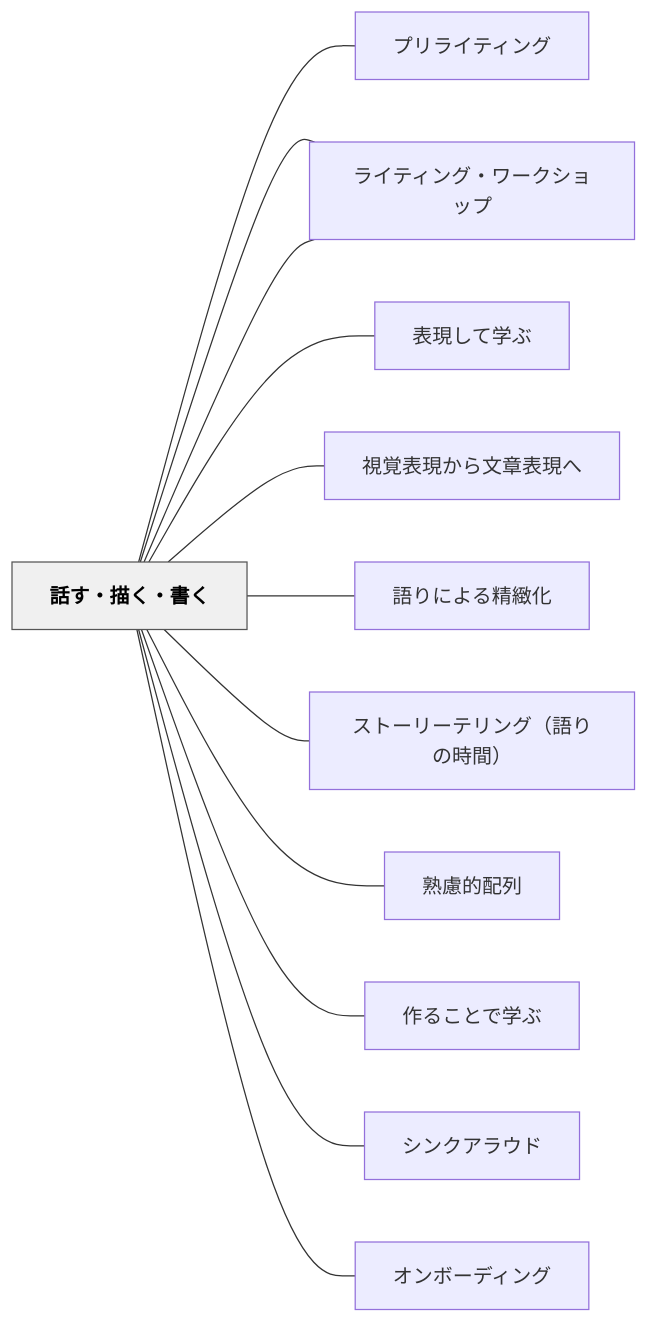
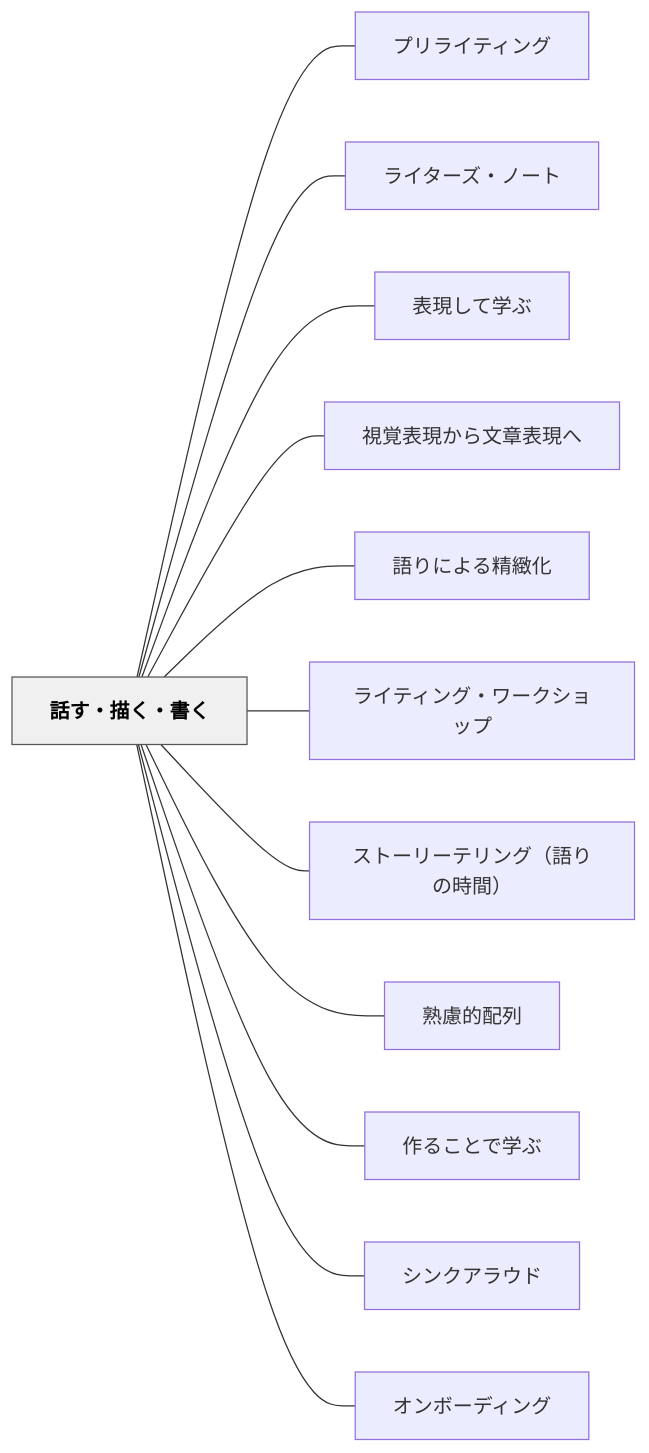
One commit to unknownthings-ed-patterns/unknownthings-ed-patterns changed the diagram in content/パタン/話す・描く・書く.md. Above: the diagram before and after it, drawn with Mermaid. The commit also changed 527 other files, not shown here.

````diff
--- a/content/パタン/話す・描く・書く.md
+++ b/content/パタン/話す・描く・書く.md
@@ -155,30 +155,30 @@
 ```mermaid
 flowchart LR
-    ne8a9b1e38199["話す・描く・書く"]
-    ne38397e383aa["プリライティング"]
-    ne383a9e382a4["ライターズ・ノート"]
-    ne8a1a8e78fbe["表現して学ぶ"]
-    ne8a696e8a69a["視覚表現から文章表現へ"]
-    ne8aa9ee3828a["語りによる精緻化"]
-    ne383a9e382a4["ライティング・ワークショップ"]
-    ne382b9e38388["ストーリーテリング（語りの時間）"]
-    ne7869fe685ae["熟慮的配列"]
-    ne4bd9ce3828b["作ることで学ぶ"]
-    ne382b7e383b3["シンクアラウド"]
-    ne382aae383b3["オンボーディング"]
+    ne8a9b1e38199e383bbe68f8fe3818fe383bbe69bb8e3818f["話す・描く・書く"]
+    ne38397e383aae383a9e382a4e38386e382a3e383b3e382b0["プリライティング"]
+    ne383a9e382a4e382bfe383bce382bae383bbe3838ee383bce38388["ライターズ・ノート"]
+    ne8a1a8e78fbee38197e381a6e5ada6e381b6["表現して学ぶ"]
+    ne8a696e8a69ae8a1a8e78fbee3818be38289e69687e7aba0e8a1a8e78fbee381b8["視覚表現から文章表現へ"]
+    ne8aa9ee3828ae381abe38288e3828be7b2bee7b7bbe58c96["語りによる精緻化"]
+    ne383a9e382a4e38386e382a3e383b3e382b0e383bbe383afe383bce382afe382b7e383a7e38383e38397["ライティング・ワークショップ"]
+    ne382b9e38388e383bce383aae383bce38386e383aae383b3e382b0efbc88e8aa9ee3828ae381aee69982e99693efbc89["ストーリーテリング（語りの時間）"]
+    ne7869fe685aee79a84e9858de58897["熟慮的配列"]
+    ne4bd9ce3828be38193e381a8e381a7e5ada6e381b6["作ることで学ぶ"]
+    ne382b7e383b3e382afe382a2e383a9e382a6e38389["シンクアラウド"]
+    ne382aae383b3e3839ce383bce38387e382a3e383b3e382b0["オンボーディング"]
 
-    ne8a9b1e38199 --- ne38397e383aa
-    ne8a9b1e38199 --- ne383a9e382a4
-    ne8a9b1e38199 --- ne8a1a8e78fbe
-    ne8a9b1e38199 --- ne8a696e8a69a
-    ne8a9b1e38199 --- ne8aa9ee3828a
-    ne8a9b1e38199 --- ne383a9e382a4
-    ne8a9b1e38199 --- ne382b9e38388
-    ne8a9b1e38199 --- ne7869fe685ae
-    ne8a9b1e38199 --- ne4bd9ce3828b
-    ne8a9b1e38199 --- ne382b7e383b3
-    ne8a9b1e38199 --- ne382aae383b3
+    ne8a9b1e38199e383bbe68f8fe3818fe383bbe69bb8e3818f --- ne38397e383aae383a9e382a4e38386e382a3e383b3e382b0
+    ne8a9b1e38199e383bbe68f8fe3818fe383bbe69bb8e3818f --- ne383a9e382a4e382bfe383bce382bae383bbe3838ee383bce38388
+    ne8a9b1e38199e383bbe68f8fe3818fe383bbe69bb8e3818f --- ne8a1a8e78fbee38197e381a6e5ada6e381b6
+    ne8a9b1e38199e383bbe68f8fe3818fe383bbe69bb8e3818f --- ne8a696e8a69ae8a1a8e78fbee3818be38289e69687e7aba0e8a1a8e78fbee381b8
+    ne8a9b1e38199e383bbe68f8fe3818fe383bbe69bb8e3818f --- ne8aa9ee3828ae381abe38288e3828be7b2bee7b7bbe58c96
+    ne8a9b1e38199e383bbe68f8fe3818fe383bbe69bb8e3818f --- ne383a9e382a4e38386e382a3e383b3e382b0e383bbe383afe383bce382afe382b7e383a7e38383e38397
+    ne8a9b1e38199e383bbe68f8fe3818fe383bbe69bb8e3818f --- ne382b9e38388e383bce383aae383bce38386e383aae383b3e382b0efbc88e8aa9ee3828ae381aee69982e99693efbc89
+    ne8a9b1e38199e383bbe68f8fe3818fe383bbe69bb8e3818f --- ne7869fe685aee79a84e9858de58897
+    ne8a9b1e38199e383bbe68f8fe3818fe383bbe69bb8e3818f --- ne4bd9ce3828be38193e381a8e381a7e5ada6e381b6
+    ne8a9b1e38199e383bbe68f8fe3818fe383bbe69bb8e3818f --- ne382b7e383b3e382afe382a2e383a9e382a6e38389
+    ne8a9b1e38199e383bbe68f8fe3818fe383bbe69bb8e3818f --- ne382aae383b3e3839ce383bce38387e382a3e383b3e382b0
 
     classDef hub fill:#f0f0f0,stroke:#555,color:#000,font-weight:bold
-    class ne8a9b1e38199 hub
+    class ne8a9b1e38199e383bbe68f8fe3818fe383bbe69bb8e3818f hub
 ```
````
